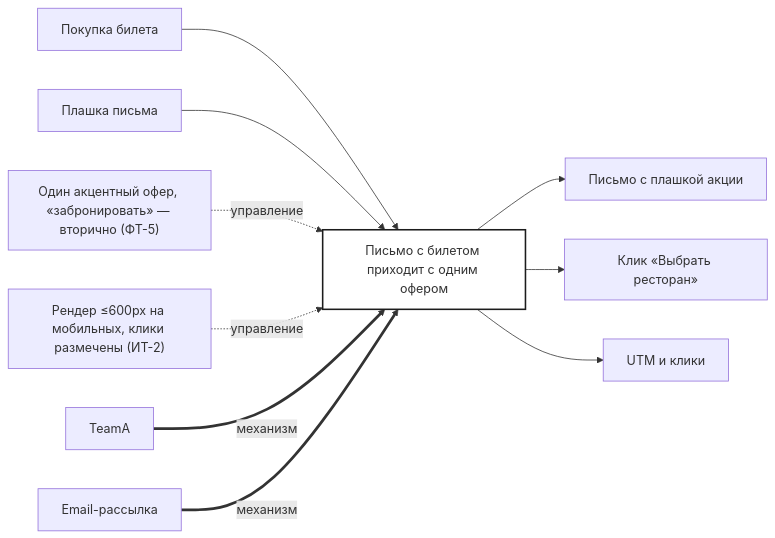
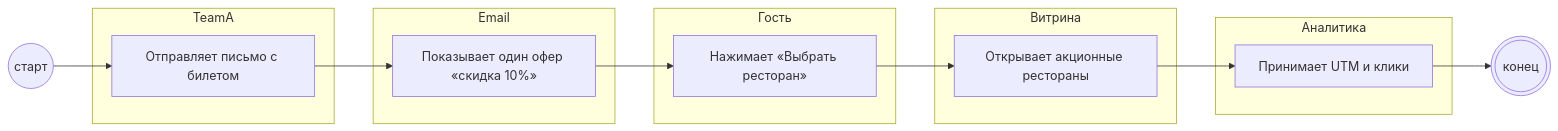
The diagram in skills/bft-blueprint/examples/dineclub-restart-blueprint/backlog/tasks/bp-7.1 - Письмо-с-билетом-приходит-с-одним-офером.md (po-helper-org/poh-bft-writer), drawn with Mermaid before and after one commit. The commit also changed other lines of this file and 60 other files, not shown here.

````diff
--- a/skills/bft-blueprint/examples/dineclub-restart-blueprint/backlog/tasks/bp-7.1 - Письмо-с-билетом-приходит-с-одним-офером.md
+++ b/skills/bft-blueprint/examples/dineclub-restart-blueprint/backlog/tasks/bp-7.1 - Письмо-с-билетом-приходит-с-одним-офером.md
@@ -29,14 +44,26 @@
 ```mermaid
 flowchart LR
-  A0["Письмо с билетом приходит с одним офером"]
-  in1["Покупка билета"] --> A0
-  in2["Плашка письма"] --> A0
-  ctl1["Один акцентный офер, «забронировать» — вторично (ФТ-5)"] -. управление .-> A0
-  ctl2["Рендер ≤600px на мобильных, клики размечены (ИТ-2)"] -. управление .-> A0
-  mech1["TeamA"] == механизм ==> A0
-  mech2["Email-рассылка"] == механизм ==> A0
-  A0 --> out1["Письмо с плашкой акции"]
-  A0 --> out2["Клик «Выбрать ресторан»"]
-  A0 --> out3["UTM и клики"]
-  style A0 fill:#fff,stroke:#1c1c1c,stroke-width:2px
+  S(("старт"))
+  subgraph L1["TeamA"]
+    N1["Отправляет письмо с билетом"]
+  end
+  subgraph L2["Email"]
+    N2["Показывает один офер «скидка 10%»"]
+  end
+  subgraph L3["Гость"]
+    N3["Нажимает «Выбрать ресторан»"]
+  end
+  subgraph L4["Витрина"]
+    N4["Открывает акционные рестораны"]
+  end
+  subgraph L5["Аналитика"]
+    N5["Принимает UTM и клики"]
+  end
+  E((("конец")))
+  S --> N1
+  N1 --> N2
+  N2 --> N3
+  N3 --> N4
+  N4 --> N5
+  N5 --> E
 ```
````
